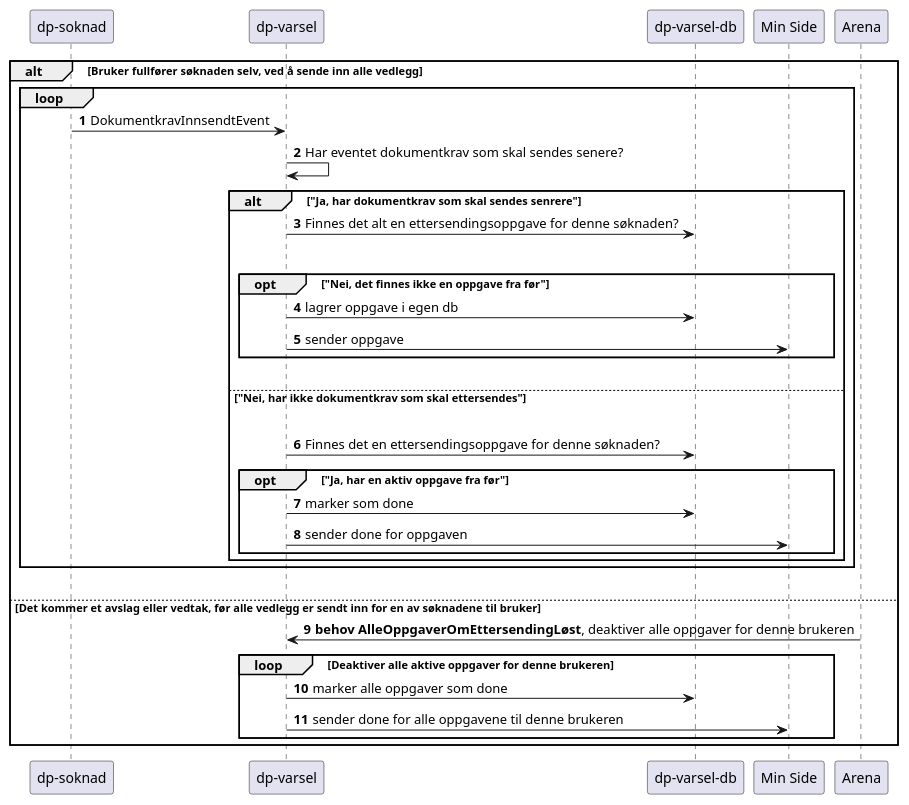
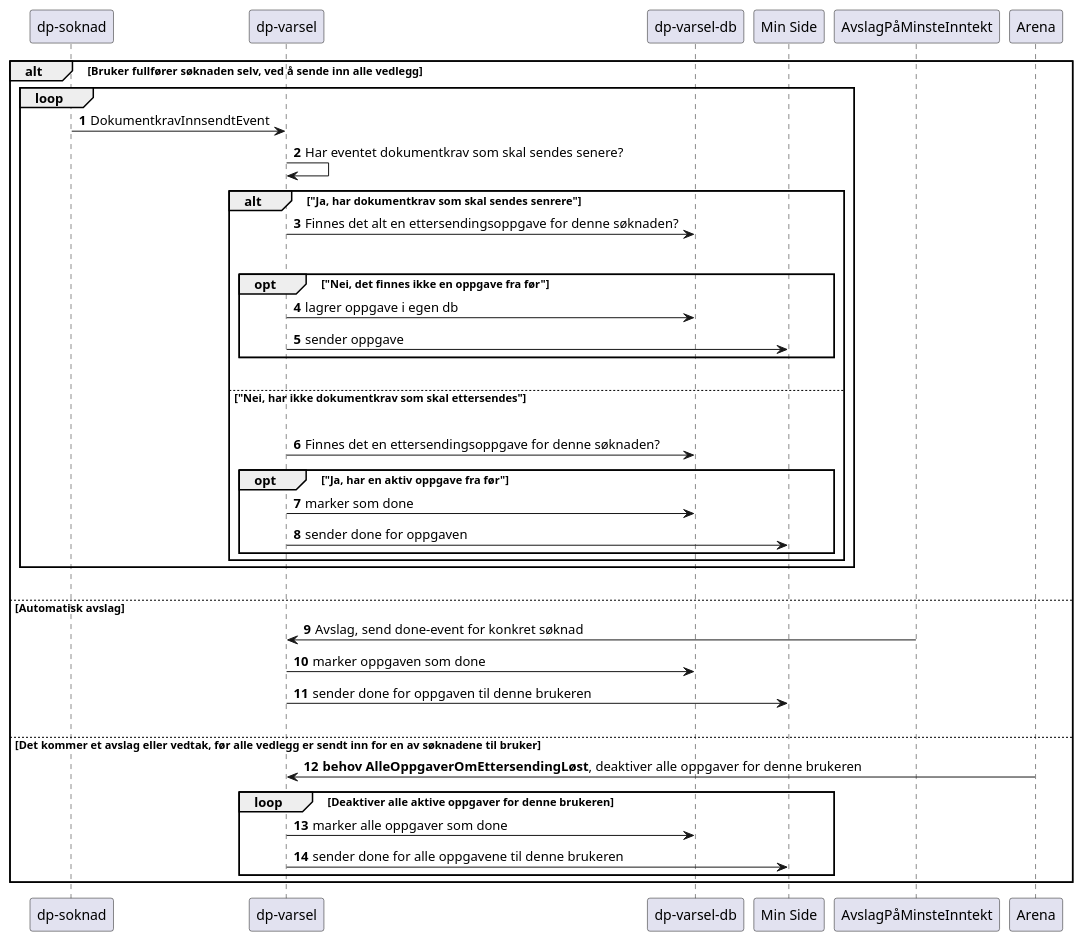
One commit to navikt/dp-varsel changed the diagram in docs/flytForOppgaveVedEttersending.puml. Above: the diagram before and after it, drawn with PlantUML.

Commit message:
Neste commit

```diff
--- a/docs/flytForOppgaveVedEttersending.puml
+++ b/docs/flytForOppgaveVedEttersending.puml
@@ -1,33 +1,38 @@
 @startuml
 
 autonumber
 alt Bruker fullfører søknaden selv, ved å sende inn alle vedlegg
-loop
-    "dp-soknad" -> "dp-varsel": DokumentkravInnsendtEvent
-    "dp-varsel" -> "dp-varsel": Har eventet dokumentkrav som skal sendes senere?
-    alt "Ja, har dokumentkrav som skal sendes senrere"
-        "dp-varsel" -> "dp-varsel-db": Finnes det alt en ettersendingsoppgave for denne søknaden?
-        |||
-        opt "Nei, det finnes ikke en oppgave fra før"
-            "dp-varsel" -> "dp-varsel-db": lagrer oppgave i egen db
-            "dp-varsel" -> "Min Side": sender oppgave
-        end
-        |||
-    else "Nei, har ikke dokumentkrav som skal ettersendes"
-        |||
-        "dp-varsel" -> "dp-varsel-db": Finnes det en ettersendingsoppgave for denne søknaden?
-        opt "Ja, har en aktiv oppgave fra før"
-            "dp-varsel" -> "dp-varsel-db": marker som done
-            "dp-varsel" -> "Min Side": sender done for oppgaven
+    loop
+        "dp-soknad" -> "dp-varsel": DokumentkravInnsendtEvent
+        "dp-varsel" -> "dp-varsel": Har eventet dokumentkrav som skal sendes senere?
+        alt "Ja, har dokumentkrav som skal sendes senrere"
+            "dp-varsel" -> "dp-varsel-db": Finnes det alt en ettersendingsoppgave for denne søknaden?
+            |||
+            opt "Nei, det finnes ikke en oppgave fra før"
+                "dp-varsel" -> "dp-varsel-db": lagrer oppgave i egen db
+                "dp-varsel" -> "Min Side": sender oppgave
+            end
+            |||
+        else "Nei, har ikke dokumentkrav som skal ettersendes"
+            |||
+            "dp-varsel" -> "dp-varsel-db": Finnes det en ettersendingsoppgave for denne søknaden?
+            opt "Ja, har en aktiv oppgave fra før"
+                "dp-varsel" -> "dp-varsel-db": marker som done
+                "dp-varsel" -> "Min Side": sender done for oppgaven
+            end
         end
     end
-end
+|||
+else Automatisk avslag
+    "AvslagPåMinsteInntekt" -> "dp-varsel": Avslag, send done-event for konkret søknad
+    "dp-varsel" -> "dp-varsel-db": marker oppgaven som done
+    "dp-varsel" -> "Min Side": sender done for oppgaven til denne brukeren
 |||
 else Det kommer et avslag eller vedtak, før alle vedlegg er sendt inn for en av søknadene til bruker
     "Arena" -> "dp-varsel": **behov AlleOppgaverOmEttersendingLøst**, deaktiver alle oppgaver for denne brukeren
     loop Deaktiver alle aktive oppgaver for denne brukeren
         "dp-varsel" -> "dp-varsel-db": marker alle oppgaver som done
         "dp-varsel" -> "Min Side": sender done for alle oppgavene til denne brukeren
     end
 end
 @enduml
```
